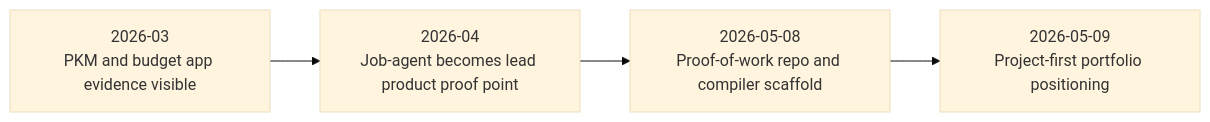
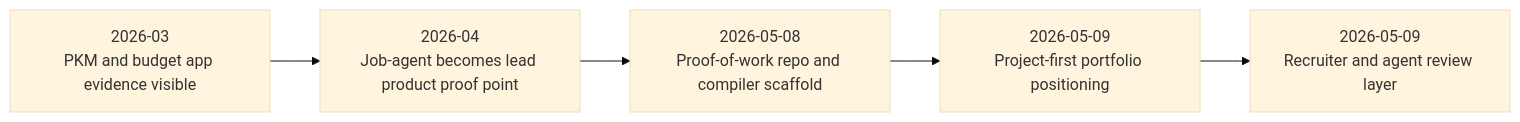
The diagram in PROJECT_TIMELINE.md (marcus-uden-dev/ai-native-proof-of-work), drawn with Mermaid (base theme) before and after one commit. The commit also changed other lines of this file and 23 other files, not shown here.

Commit message:
Add recruiter and agent review layer

````diff
--- a/PROJECT_TIMELINE.md
+++ b/PROJECT_TIMELINE.md
@@ -14,9 +14,10 @@
 ```mermaid
 flowchart LR
     M1["2026-03<br/>PKM and budget app evidence visible"]
     M2["2026-04<br/>Job-agent becomes lead product proof point"]
     M3["2026-05-08<br/>Proof-of-work repo and compiler scaffold"]
     M4["2026-05-09<br/>Project-first portfolio positioning"]
+    M5["2026-05-09<br/>Recruiter and agent review layer"]
 
-    M1 --> M2 --> M3 --> M4
+    M1 --> M2 --> M3 --> M4 --> M5
 ```
````
